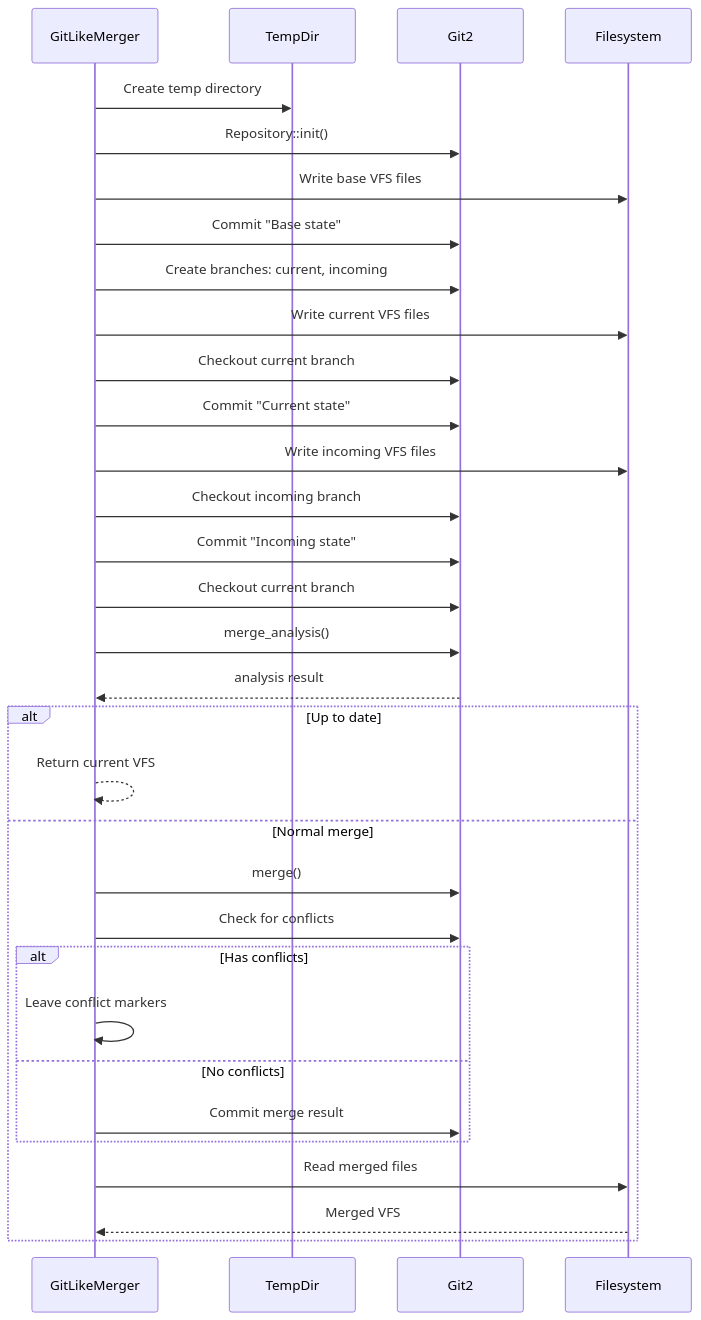
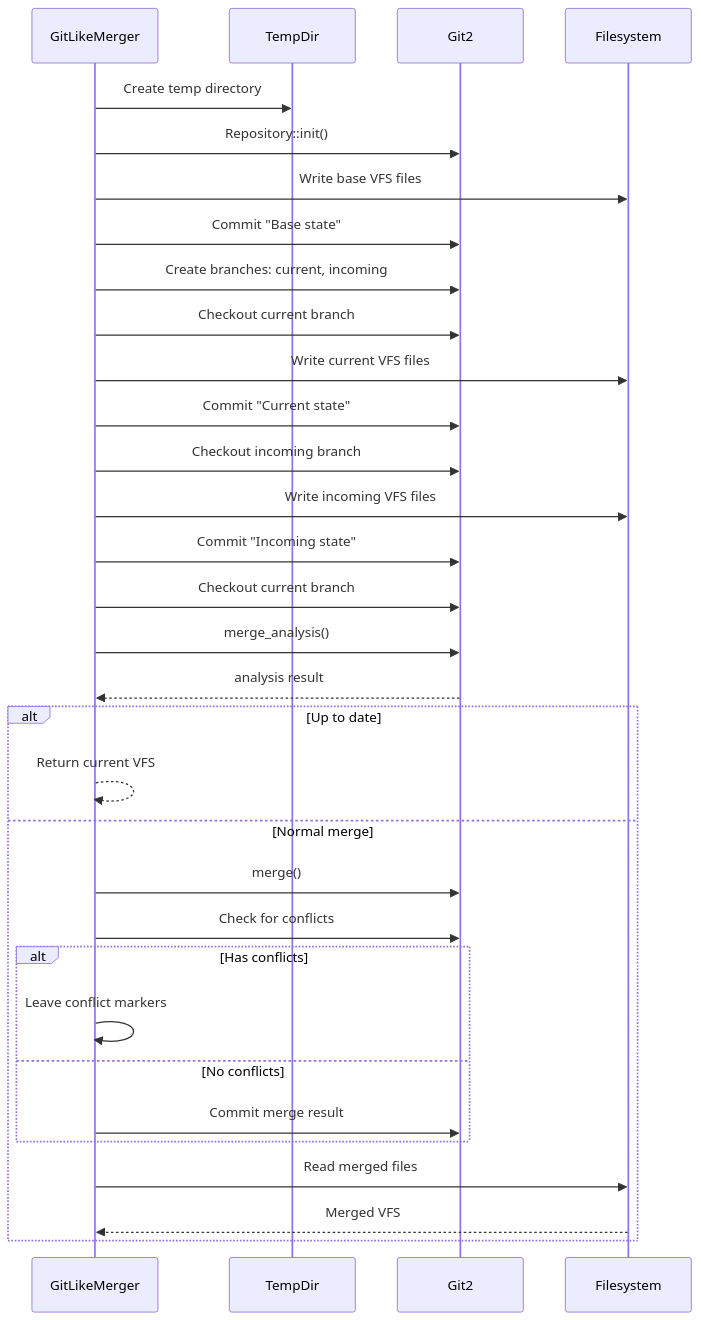
One commit to AtomiCloud/sulfone.iridium changed the diagram in docs/developer/algorithms/02-three-way-merge.md. Above: the diagram before and after it, drawn with Mermaid. The commit also changed other lines of this file and 22 other files, not shown here.

````diff
--- a/docs/developer/algorithms/02-three-way-merge.md
+++ b/docs/developer/algorithms/02-three-way-merge.md
@@ -26,35 +26,35 @@
 ```mermaid
 sequenceDiagram
     participant Merger as GitLikeMerger
     participant Temp as TempDir
     participant Git as Git2
     participant FS as Filesystem
 
     Merger->>Temp: Create temp directory
     Merger->>Git: Repository::init()
     Merger->>FS: Write base VFS files
     Merger->>Git: Commit "Base state"
     Merger->>Git: Create branches: current, incoming
+    Merger->>Git: Checkout current branch
     Merger->>FS: Write current VFS files
-    Merger->>Git: Checkout current branch
     Merger->>Git: Commit "Current state"
+    Merger->>Git: Checkout incoming branch
     Merger->>FS: Write incoming VFS files
-    Merger->>Git: Checkout incoming branch
     Merger->>Git: Commit "Incoming state"
     Merger->>Git: Checkout current branch
     Merger->>Git: merge_analysis()
     Git-->>Merger: analysis result
     alt Up to date
         Merger-->>Merger: Return current VFS
     else Normal merge
         Merger->>Git: merge()
         Merger->>Git: Check for conflicts
         alt Has conflicts
             Merger->>Merger: Leave conflict markers
         else No conflicts
             Merger->>Git: Commit merge result
         end
         Merger->>FS: Read merged files
         FS-->>Merger: Merged VFS
     end
 ```
````
